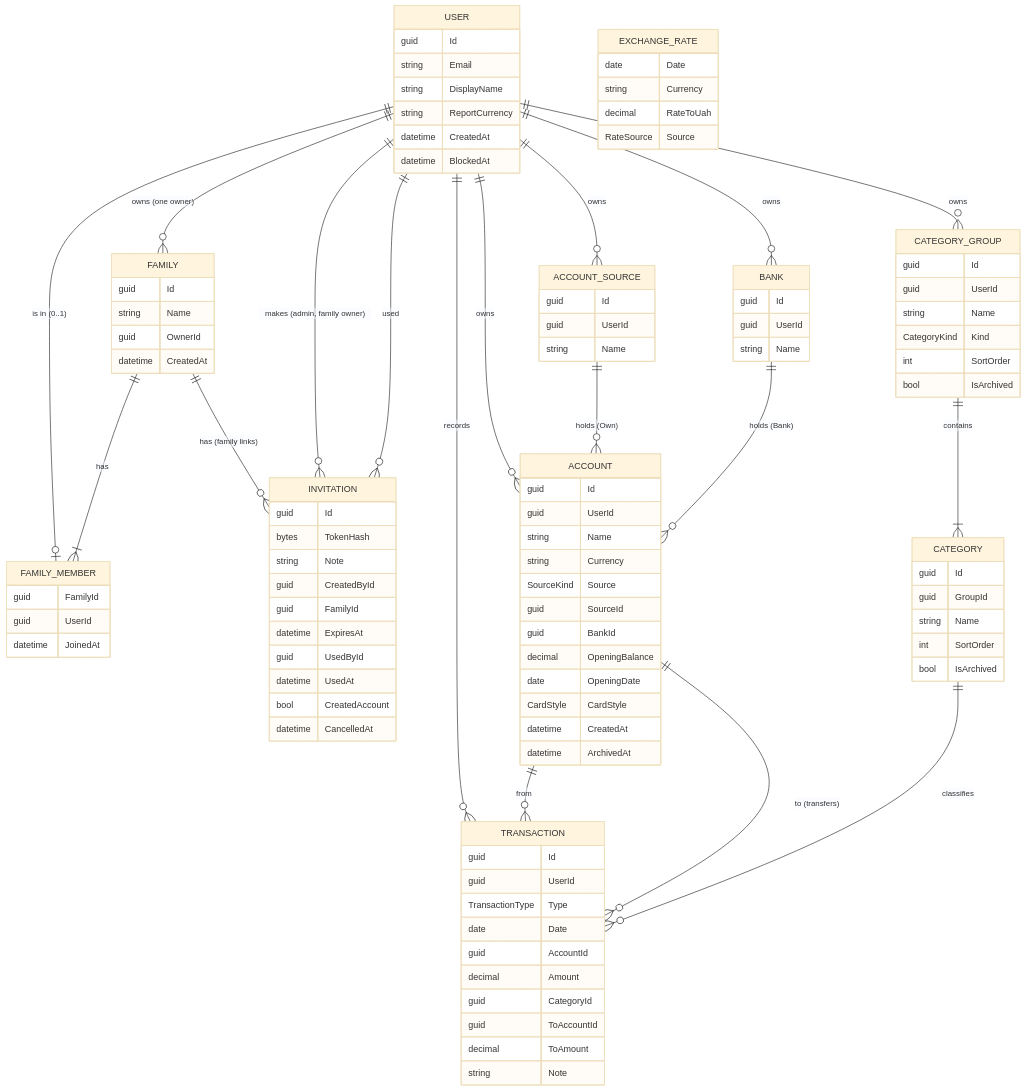
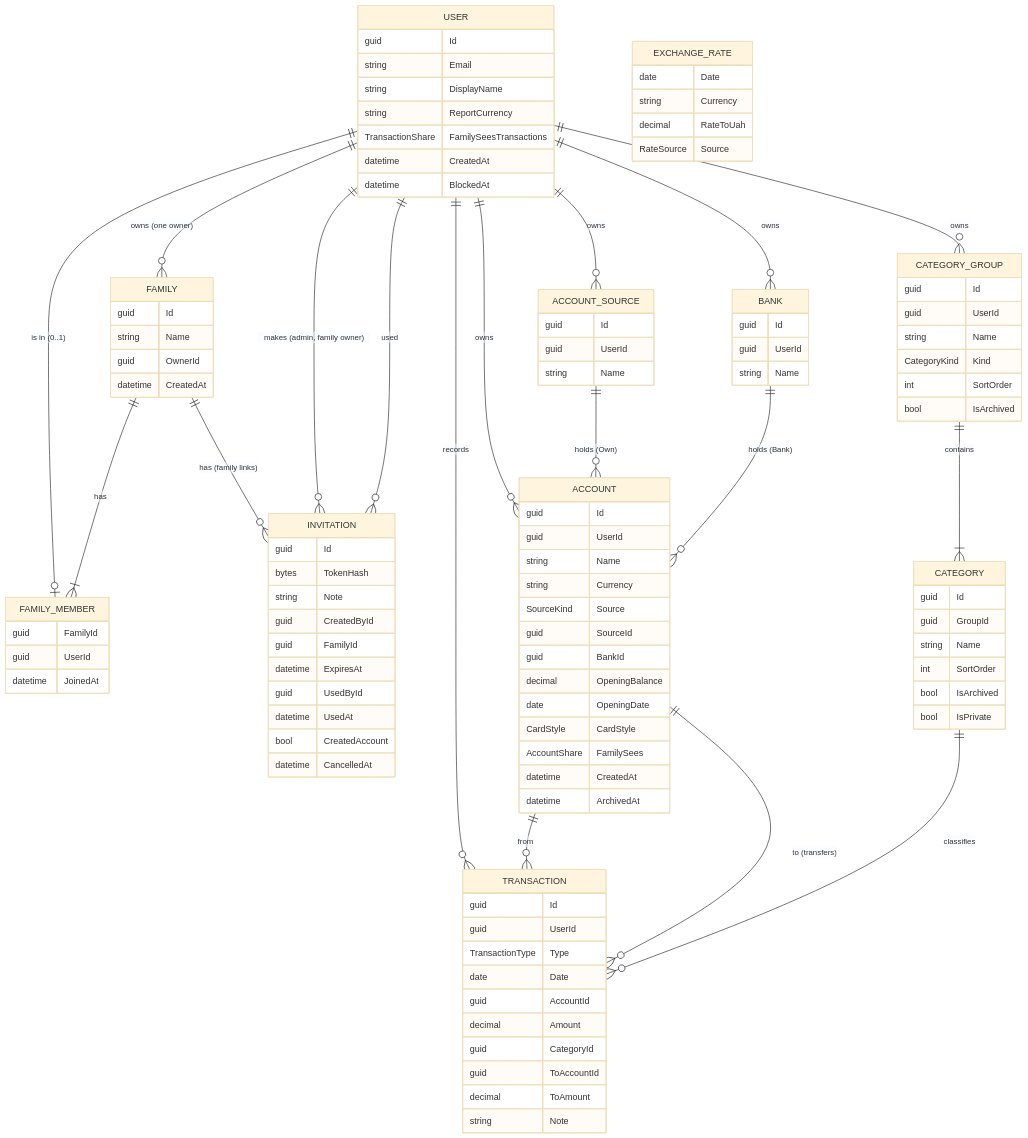
The second of 3 diagrams in docs/ARCHITECTURE.md (yuliaBiriukova/PupBudgetPlanner), drawn with Mermaid (base theme) before and after one commit. The commit also changed other lines of this file and 78 other files, not shown here.

First line of the commit message:
F-030: Each person decides what the family sees of their money

````diff
--- a/docs/ARCHITECTURE.md
+++ b/docs/ARCHITECTURE.md
@@ -88,33 +88,33 @@
 ```mermaid
 erDiagram
     USER ||--o| FAMILY_MEMBER : "is in (0..1)"
     FAMILY ||--|{ FAMILY_MEMBER : has
     USER ||--o{ FAMILY : "owns (one owner)"
     FAMILY ||--o{ INVITATION : "has (family links)"
     USER ||--o{ INVITATION : "makes (admin, family owner)"
     USER ||--o{ INVITATION : "used"
     USER ||--o{ ACCOUNT : owns
     USER ||--o{ ACCOUNT_SOURCE : owns
     USER ||--o{ BANK : owns
     ACCOUNT_SOURCE ||--o{ ACCOUNT : "holds (Own)"
     BANK ||--o{ ACCOUNT : "holds (Bank)"
     USER ||--o{ CATEGORY_GROUP : owns
     CATEGORY_GROUP ||--|{ CATEGORY : contains
     USER ||--o{ TRANSACTION : records
     ACCOUNT ||--o{ TRANSACTION : "from"
     ACCOUNT ||--o{ TRANSACTION : "to (transfers)"
     CATEGORY ||--o{ TRANSACTION : "classifies"
     EXCHANGE_RATE
 
-    USER { guid Id string Email string DisplayName string ReportCurrency datetime CreatedAt datetime BlockedAt }
+    USER { guid Id string Email string DisplayName string ReportCurrency TransactionShare FamilySeesTransactions datetime CreatedAt datetime BlockedAt }
     INVITATION { guid Id bytes TokenHash string Note guid CreatedById guid FamilyId datetime ExpiresAt guid UsedById datetime UsedAt bool CreatedAccount datetime CancelledAt }
     FAMILY { guid Id string Name guid OwnerId datetime CreatedAt }
     FAMILY_MEMBER { guid FamilyId guid UserId datetime JoinedAt }
-    ACCOUNT { guid Id guid UserId string Name string Currency SourceKind Source guid SourceId guid BankId decimal OpeningBalance date OpeningDate CardStyle CardStyle datetime CreatedAt datetime ArchivedAt }
+    ACCOUNT { guid Id guid UserId string Name string Currency SourceKind Source guid SourceId guid BankId decimal OpeningBalance date OpeningDate CardStyle CardStyle AccountShare FamilySees datetime CreatedAt datetime ArchivedAt }
     ACCOUNT_SOURCE { guid Id guid UserId string Name }
     BANK { guid Id guid UserId string Name }
     CATEGORY_GROUP { guid Id guid UserId string Name CategoryKind Kind int SortOrder bool IsArchived }
-    CATEGORY { guid Id guid GroupId string Name int SortOrder bool IsArchived }
+    CATEGORY { guid Id guid GroupId string Name int SortOrder bool IsArchived bool IsPrivate }
     TRANSACTION { guid Id guid UserId TransactionType Type date Date guid AccountId decimal Amount guid CategoryId guid ToAccountId decimal ToAmount string Note }
     EXCHANGE_RATE { date Date string Currency decimal RateToUah RateSource Source }
 ```
````
